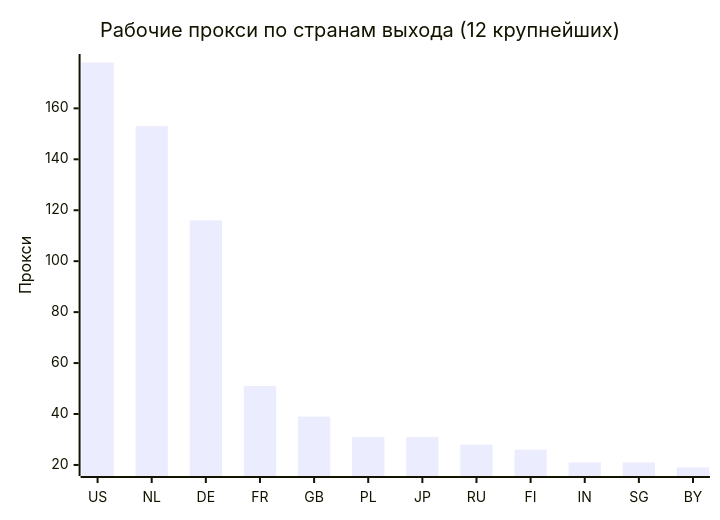
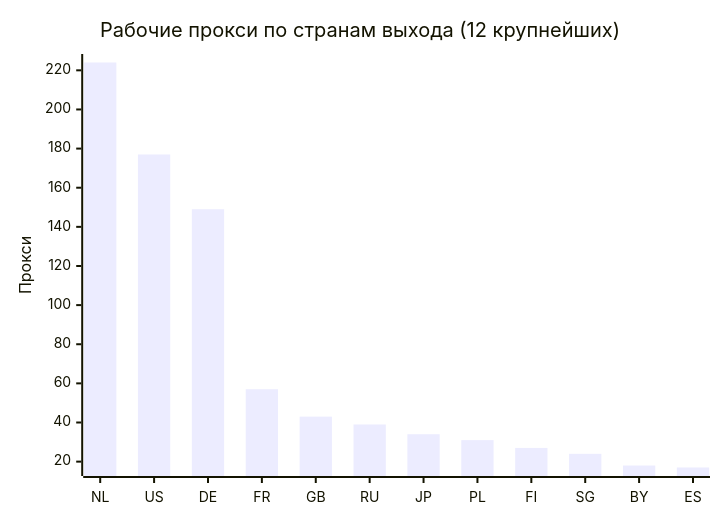
One commit to rvvg/proxy-subs changed the second of 4 diagrams in README.md. Above: the diagram before and after it, drawn with Mermaid. The commit also changed other lines of this file and 50 other files, not shown here.

````diff
--- a/README.md
+++ b/README.md
@@ -126,7 +130,7 @@
 ```mermaid
 xychart-beta
     title "Рабочие прокси по странам выхода (12 крупнейших)"
-    x-axis ["US", "NL", "DE", "FR", "GB", "PL", "JP", "RU", "FI", "IN", "SG", "BY"]
+    x-axis ["NL", "US", "DE", "FR", "GB", "RU", "JP", "PL", "FI", "SG", "BY", "ES"]
     y-axis "Прокси"
-    bar [178, 153, 116, 51, 39, 31, 31, 28, 26, 21, 21, 19]
+    bar [224, 177, 149, 57, 43, 39, 34, 31, 27, 24, 18, 17]
 ```
````
